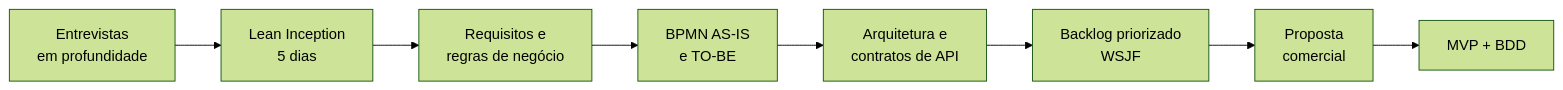
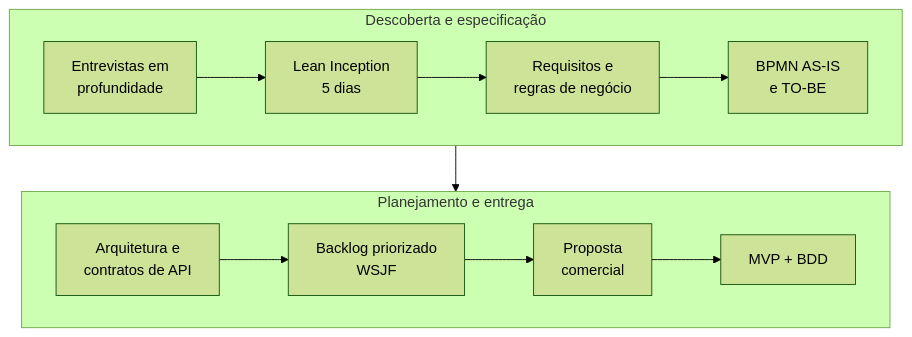
Before and after one commit to FerNegreiro/portal-do-titular: the diagram in README.md, drawn with Mermaid (forest theme). The commit also changed other lines of this file, not shown here.

````diff
--- a/README.md
+++ b/README.md
@@ -33,10 +33,12 @@
 ```mermaid
-flowchart LR
-    A[Entrevistas<br/>em profundidade] --> B[Lean Inception<br/>5 dias]
-    B --> C[Requisitos e<br/>regras de negócio]
-    C --> D[BPMN AS-IS<br/>e TO-BE]
-    D --> E[Arquitetura e<br/>contratos de API]
-    E --> F[Backlog priorizado<br/>WSJF]
-    F --> G[Proposta<br/>comercial]
-    G --> H[MVP + BDD]
+flowchart TB
+    subgraph F1[Descoberta e especificação]
+        direction LR
+        A[Entrevistas em<br/>profundidade] --> B[Lean Inception<br/>5 dias] --> C[Requisitos e<br/>regras de negócio] --> D[BPMN AS-IS<br/>e TO-BE]
+    end
+    subgraph F2[Planejamento e entrega]
+        direction LR
+        E[Arquitetura e<br/>contratos de API] --> F[Backlog priorizado<br/>WSJF] --> G[Proposta<br/>comercial] --> H[MVP + BDD]
+    end
+    F1 --> F2
 ```
````
